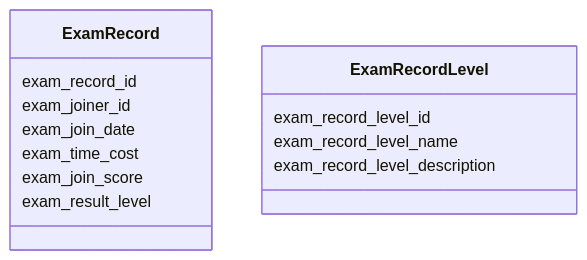
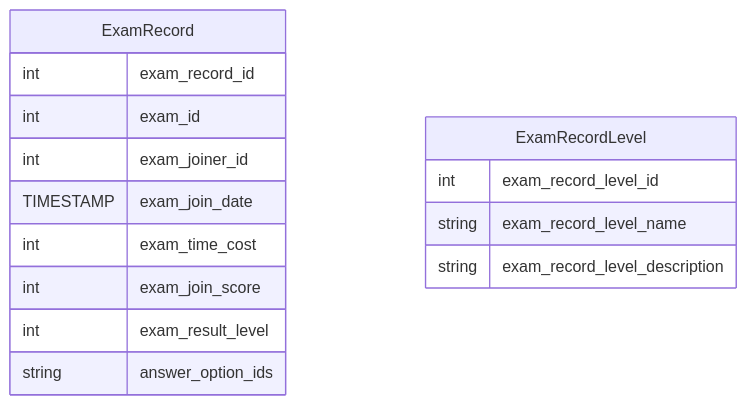
Before and after one commit to HBY-STAR/2024_Spring_CloudNative_Lab: the fourth of 19 diagrams in docs_hby/lab3-task2-group-8.md, drawn with Mermaid. The commit also changed other lines of this file and 5 other files, not shown here.

````diff
--- a/docs_hby/lab3-task2-group-8.md
+++ b/docs_hby/lab3-task2-group-8.md
@@ -147,17 +150,19 @@
 ```mermaid
-classDiagram
-  class ExamRecord {
-    exam_record_id
-    exam_joiner_id
-    exam_join_date
-    exam_time_cost
-    exam_join_score
-    exam_result_level
+erDiagram
+  ExamRecord {
+    int exam_record_id
+    int exam_id
+    int exam_joiner_id
+    TIMESTAMP exam_join_date
+    int exam_time_cost
+    int exam_join_score
+    int exam_result_level
+    string answer_option_ids
   }
 
-  class ExamRecordLevel {
-    exam_record_level_id
-    exam_record_level_name
-    exam_record_level_description
+  ExamRecordLevel {
+    int exam_record_level_id
+    string exam_record_level_name
+    string exam_record_level_description
   }
 ```
````
